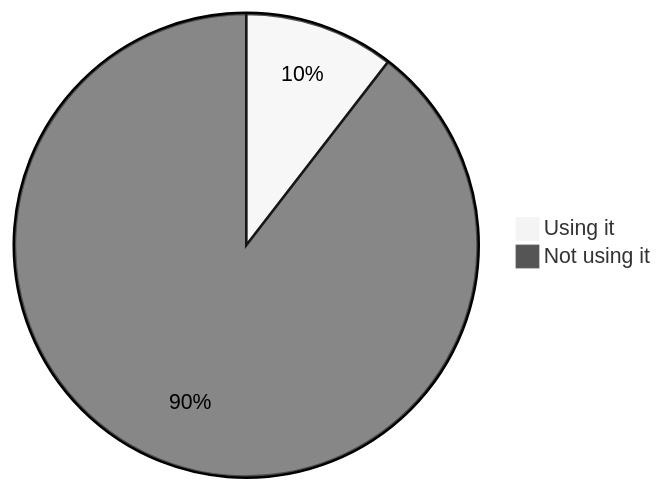
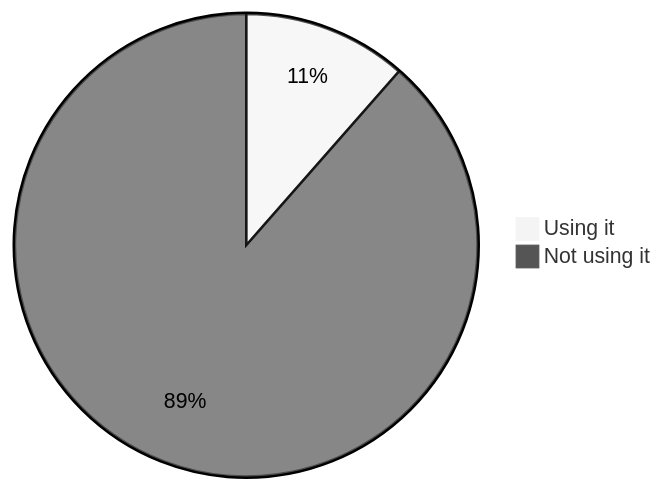
Before and after one commit to oshp/oshp-stats: the fourth of 22 diagrams in stats.md, drawn with Mermaid (neutral theme). The commit also changed other lines of this file, not shown here.

````diff
--- a/stats.md
+++ b/stats.md
@@ -46,6 +46,6 @@
 ```mermaid
 pie
-	"Using it" : 10.48
-	"Not using it" : 89.52
+	"Using it" : 11.47
+	"Not using it" : 88.53
 
 ```
````
